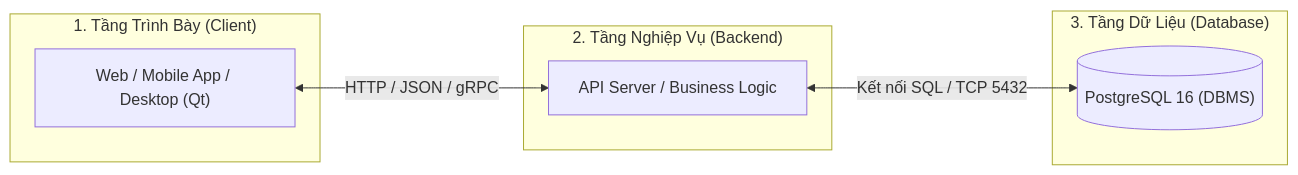
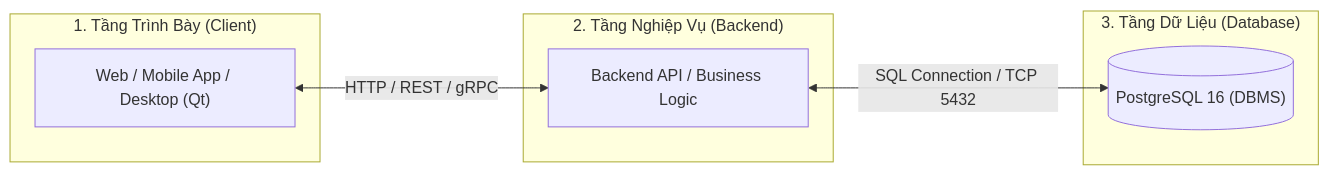
One commit to ThanhPhongvipvip/Tutorial changed the first of 10 diagrams in database/Database.md. Above: the diagram before and after it, drawn with Mermaid. The commit also changed other lines of this file and 1 other file, not shown here.

````diff
--- a/database/Database.md
+++ b/database/Database.md
@@ -59,17 +61,17 @@
 ```mermaid
 flowchart LR
     subgraph Client ["1. Tầng Trình Bày (Client)"]
         UI["Web / Mobile App / Desktop (Qt)"]
     end
 
     subgraph App ["2. Tầng Nghiệp Vụ (Backend)"]
-        API["API Server / Business Logic"]
+        API["Backend API / Business Logic"]
     end
 
     subgraph Data ["3. Tầng Dữ Liệu (Database)"]
         PG[("PostgreSQL 16 (DBMS)")]
     end
 
-    UI <-->|"HTTP / JSON / gRPC"| API
-    API <-->|"Kết nối SQL / TCP 5432"| PG
+    UI <-->|"HTTP / REST / gRPC"| API
+    API <-->|"SQL Connection / TCP 5432"| PG
 ```
````
